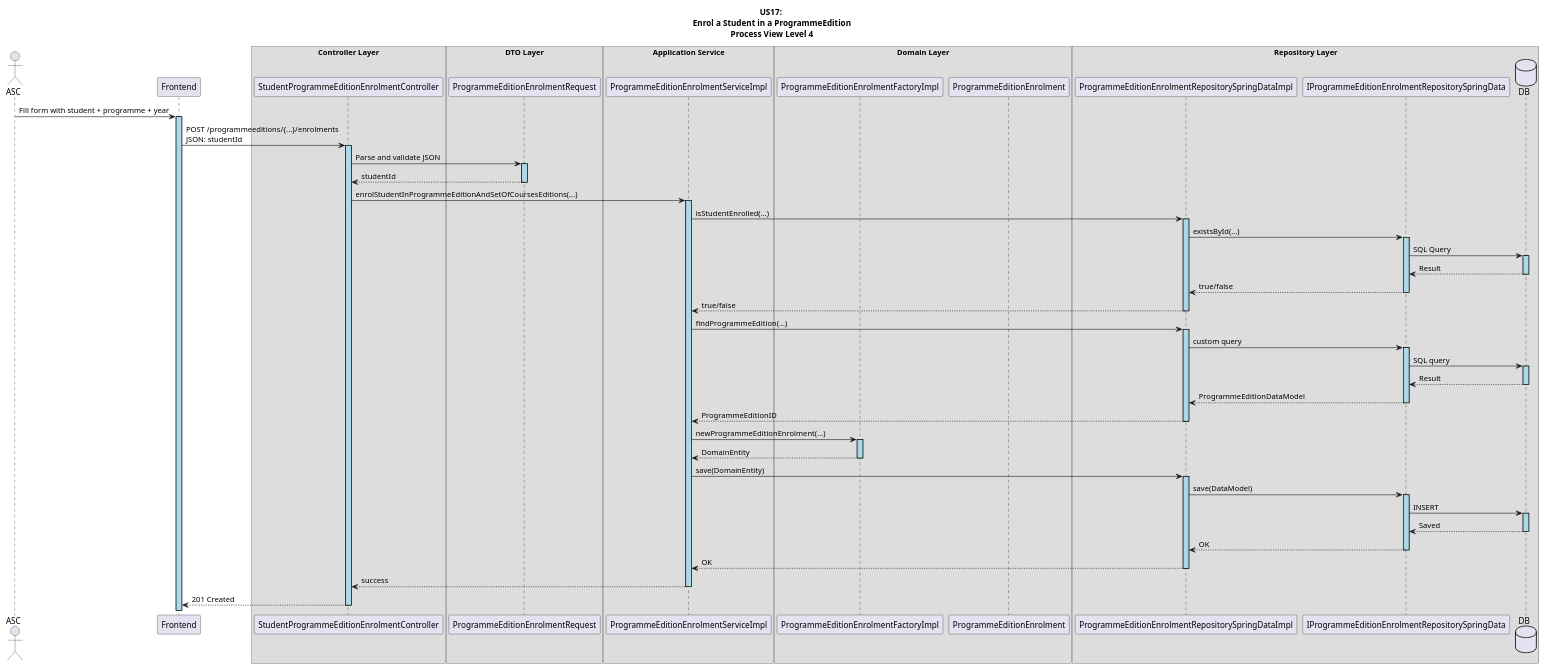
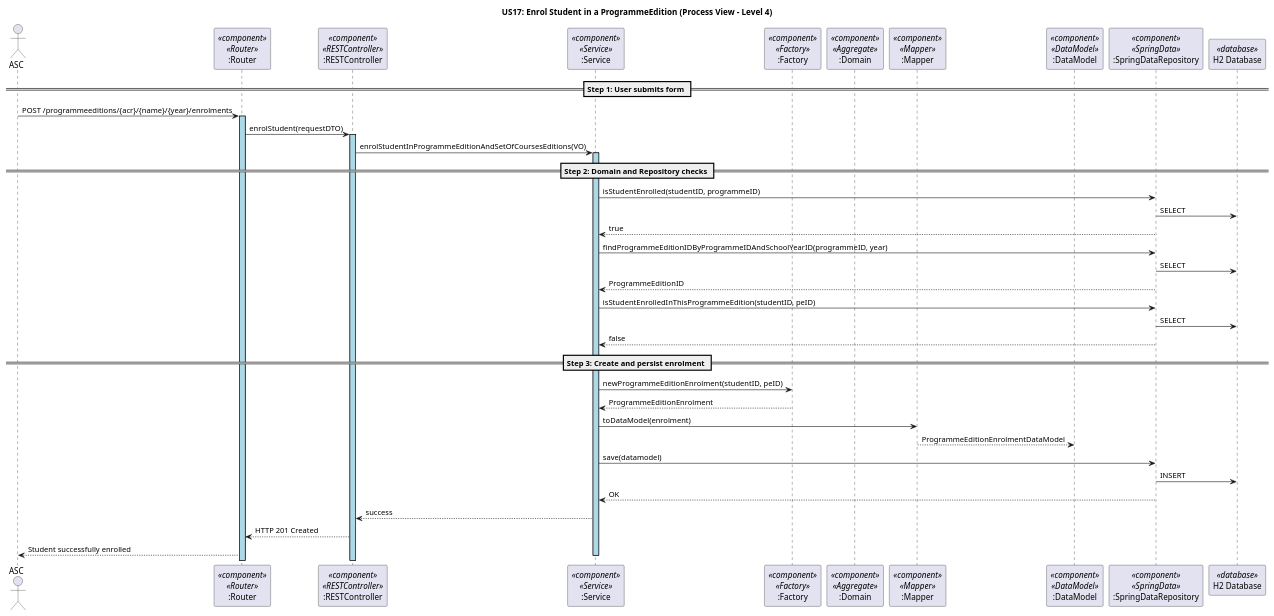
One commit to GasparISEP/DevOps-PAI changed the diagram in docs/US17/Sprint_6_RestAPI/ProcessView/US17_RestAPI_ProcessView_Level4.puml. Above: the diagram before and after it, drawn with PlantUML. The commit also changed other lines of this file, not shown here.

Commit message:
Ref #500, Subissue #587: ProcessView level4

```diff
--- a/docs/US17/Sprint_6_RestAPI/ProcessView/US17_RestAPI_ProcessView_Level4.puml
+++ b/docs/US17/Sprint_6_RestAPI/ProcessView/US17_RestAPI_ProcessView_Level4.puml
@@ -1,71 +1,64 @@
 @startuml
-' Process View – Level 4
 
+' US17 - Enrol a Student in a ProgrammeEdition
+' Process View - Level 4 (Technical Backend Architecture)
+
+skinparam componentStyle uml2
 skinparam sequence {
     LifeLineBorderColor black
     LifeLineBackgroundColor LightBlue
 }
 
-title US17:\n Enrol a Student in a ProgrammeEdition\n Process View Level 4
+title US17: Enrol Student in a ProgrammeEdition (Process View – Level 4)
 
 actor ASC
-participant "Frontend" as FE
+participant ":Router" as router <<component>> <<Router>>
+participant ":RESTController" as restController <<component>> <<RESTController>>
+participant ":Service" as service <<component>> <<Service>>
+participant ":Factory" as factory <<component>> <<Factory>>
+participant ":Domain" as domain <<component>> <<Aggregate>>
+participant ":Mapper" as mapper <<component>> <<Mapper>>
+participant ":DataModel" as datamodel <<component>> <<DataModel>>
+participant ":SpringDataRepository" as repo <<component>> <<SpringData>>
+participant "H2 Database" as db <<database>>
 
-box "Controller Layer"
-participant "StudentProgrammeEditionEnrolmentController" as Controller
-end box
+== Step 1: User submits form ==
+ASC -> router: POST /programmeeditions/{acr}/{name}/{year}/enrolments
+activate router
 
-box "DTO Layer"
-participant "ProgrammeEditionEnrolmentRequest" as RequestDTO
-end box
+router -> restController: enrolStudent(requestDTO)
+activate restController
 
-box "Application Service"
-participant "ProgrammeEditionEnrolmentServiceImpl" as AppService
-end box
+restController -> service: enrolStudentInProgrammeEditionAndSetOfCoursesEditions(VO)
+activate service
 
-box "Domain Layer"
-participant "ProgrammeEditionEnrolmentFactoryImpl" as Factory
-participant "ProgrammeEditionEnrolment" as DomainEntity
-end box
+== Step 2: Domain and Repository checks ==
+service -> repo: isStudentEnrolled(studentID, programmeID)
+repo -> db: SELECT
+repo --> service: true
 
-box "Repository Layer"
-participant "ProgrammeEditionEnrolmentRepositorySpringDataImpl" as RepositoryImpl
-participant "IProgrammeEditionEnrolmentRepositorySpringData" as SpringDataJPA
-database "DB" as DB
-end box
+service -> repo: findProgrammeEditionIDByProgrammeIDAndSchoolYearID(programmeID, year)
+repo -> db: SELECT
+repo --> service: ProgrammeEditionID
 
-ASC -> FE ++: Fill form with student + programme + year
-FE -> Controller ++: POST /programmeeditions/{...}/enrolments\nJSON: studentId
+service -> repo: isStudentEnrolledInThisProgrammeEdition(studentID, peID)
+repo -> db: SELECT
+repo --> service: false
 
-Controller -> RequestDTO ++: Parse and validate JSON
-RequestDTO --> Controller --: studentId
+== Step 3: Create and persist enrolment ==
+service -> factory: newProgrammeEditionEnrolment(studentID, peID)
+factory --> service: ProgrammeEditionEnrolment
 
-Controller -> AppService ++: enrolStudentInProgrammeEditionAndSetOfCoursesEditions(...)
+service -> mapper: toDataModel(enrolment)
+mapper --> datamodel: ProgrammeEditionEnrolmentDataModel
 
-AppService -> RepositoryImpl ++: isStudentEnrolled(...)
-RepositoryImpl -> SpringDataJPA ++: existsById(...)
-SpringDataJPA -> DB ++: SQL Query
-DB --> SpringDataJPA --: Result
-SpringDataJPA --> RepositoryImpl --: true/false
-RepositoryImpl --> AppService --: true/false
+service -> repo: save(datamodel)
+repo -> db: INSERT
+repo --> service: OK
 
-AppService -> RepositoryImpl ++: findProgrammeEdition(...)
-RepositoryImpl -> SpringDataJPA ++: custom query
-SpringDataJPA -> DB ++: SQL query
-DB --> SpringDataJPA --: Result
-SpringDataJPA --> RepositoryImpl --: ProgrammeEditionDataModel
-RepositoryImpl --> AppService --: ProgrammeEditionID
+service --> restController: success
+restController --> router: HTTP 201 Created
+router --> ASC: Student successfully enrolled
 
-AppService -> Factory ++: newProgrammeEditionEnrolment(...)
-Factory --> AppService --: DomainEntity
-
-AppService -> RepositoryImpl ++: save(DomainEntity)
-RepositoryImpl -> SpringDataJPA ++: save(DataModel)
-SpringDataJPA -> DB ++: INSERT
-DB --> SpringDataJPA --: Saved
-SpringDataJPA --> RepositoryImpl --: OK
-RepositoryImpl --> AppService --: OK
-
-AppService --> Controller --: success
-Controller --> FE --: 201 Created
+deactivate service
 @enduml
```
